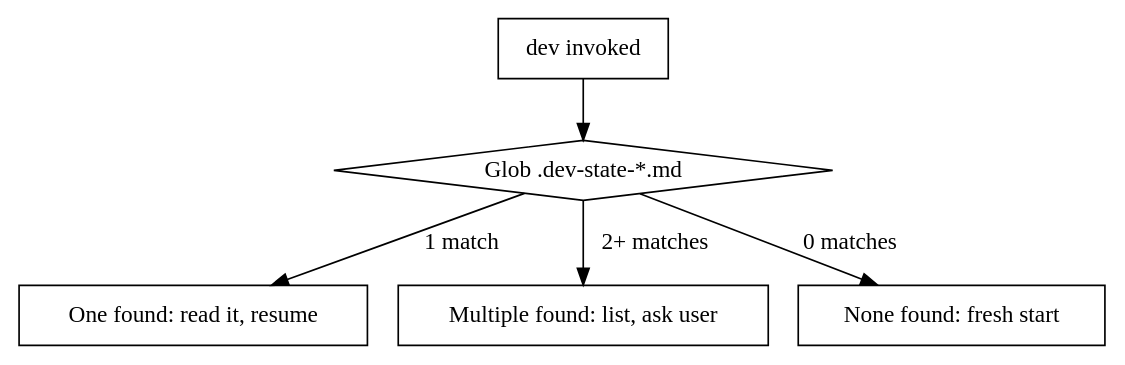
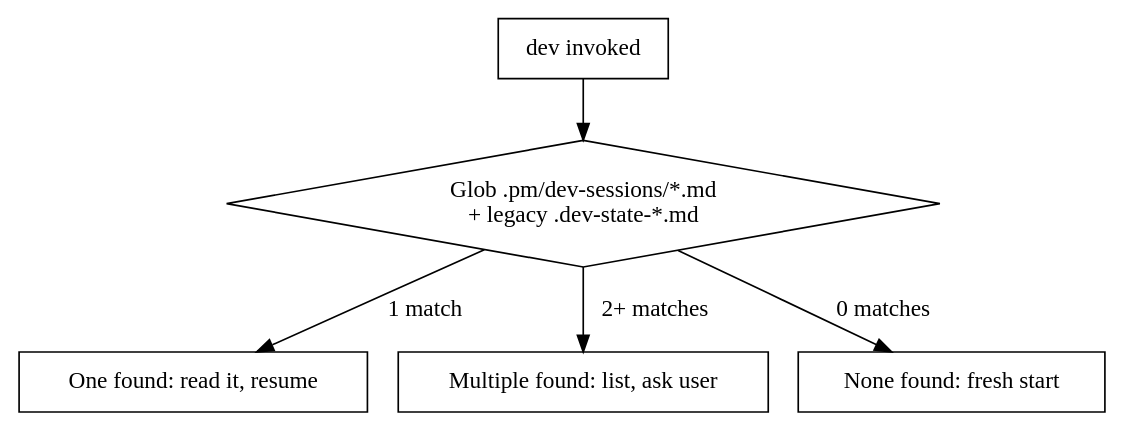
Before and after one commit to soelinmyat/pm: the first of 5 diagrams in skills/dev/SKILL.md, drawn with Graphviz. The commit also changed other lines of this file and 9 other files, not shown here.

First line of the commit message:
feat(PM-049): unify dev state files into .pm/dev-sessions/

````diff
--- a/skills/dev/SKILL.md
+++ b/skills/dev/SKILL.md
@@ -79,14 +83,14 @@
 ```dot
 digraph resume {
     "dev invoked" [shape=box];
-    "Glob .dev-state-*.md" [shape=diamond];
+    "Glob .pm/dev-sessions/*.md\n+ legacy .dev-state-*.md" [shape=diamond];
     "One found: read it, resume" [shape=box];
     "Multiple found: list, ask user" [shape=box];
     "None found: fresh start" [shape=box];
 
-    "dev invoked" -> "Glob .dev-state-*.md";
-    "Glob .dev-state-*.md" -> "One found: read it, resume" [label="1 match"];
-    "Glob .dev-state-*.md" -> "Multiple found: list, ask user" [label="2+ matches"];
-    "Glob .dev-state-*.md" -> "None found: fresh start" [label="0 matches"];
+    "dev invoked" -> "Glob .pm/dev-sessions/*.md\n+ legacy .dev-state-*.md";
+    "Glob .pm/dev-sessions/*.md\n+ legacy .dev-state-*.md" -> "One found: read it, resume" [label="1 match"];
+    "Glob .pm/dev-sessions/*.md\n+ legacy .dev-state-*.md" -> "Multiple found: list, ask user" [label="2+ matches"];
+    "Glob .pm/dev-sessions/*.md\n+ legacy .dev-state-*.md" -> "None found: fresh start" [label="0 matches"];
 }
 ```
````
